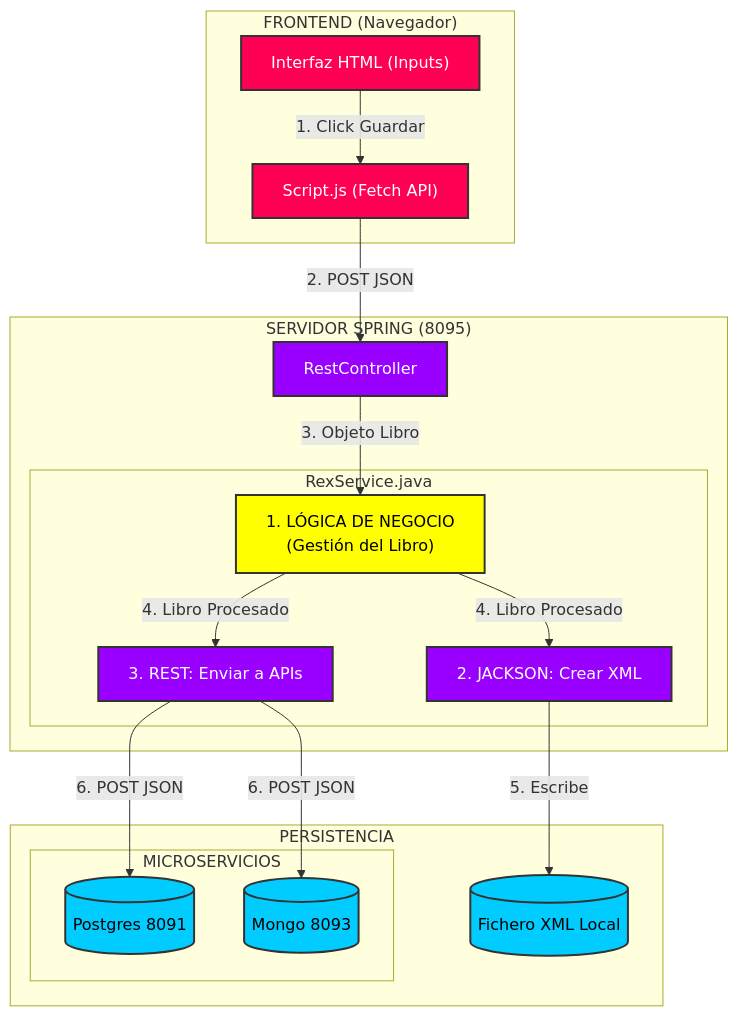
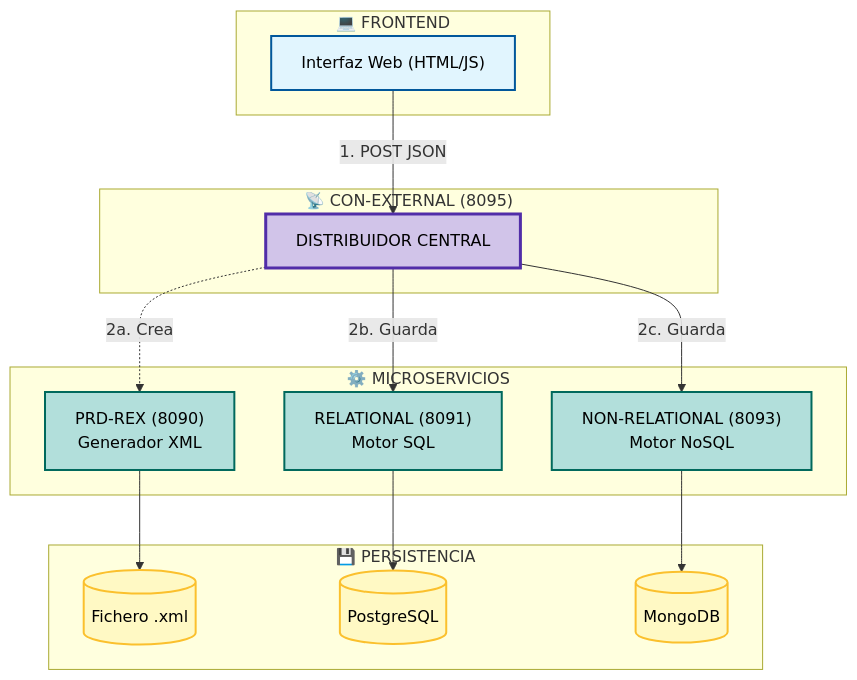
Before and after one commit to saulmnz/PROYECTO_AD: the first of 2 diagrams in README.md, drawn with Mermaid. The commit also changed other lines of this file, not shown here.

````diff
--- a/README.md
+++ b/README.md
@@ -60,55 +92,46 @@
 ```mermaid
+graph TD
+    %% --- DEFINICIÓN DE ESTILOS (Paleta Suave) ---
+    classDef frontend fill:#e1f5fe,stroke:#01579b,stroke-width:2px,color:#000;
+    classDef orchestrator fill:#d1c4e9,stroke:#512da8,stroke-width:3px,color:#000;
+    classDef workers fill:#b2dfdb,stroke:#00695c,stroke-width:2px,color:#000;
+    classDef storage fill:#fff9c4,stroke:#fbc02d,stroke-width:2px,color:#000;
 
-graph TD
-    %% --- ESTILOS ---
-    classDef frontend fill:#ff0055,stroke:#333,stroke-width:2px,color:white;
-    classDef backend fill:#9900ff,stroke:#333,stroke-width:2px,color:white;
-    classDef logic fill:#ffff00,stroke:#333,stroke-width:2px,color:black;
-    classDef storage fill:#00ccff,stroke:#333,stroke-width:2px,color:black;
-
-    %% --- BLOQUE 1: FRONTEND ---
-    subgraph CLIENTE ["FRONTEND (Navegador)"]
-        HTML["Interfaz HTML (Inputs)"]
-        JS["Script.js (Fetch API)"]
+    %% --- BLOQUE 1: CLIENTE ---
+    subgraph CLIENTE [" 💻 FRONTEND "]
+        UI["Interfaz Web (HTML/JS)"]:::frontend
     end
 
-    %% --- BLOQUE 2: BACKEND ---
-    subgraph SERVIDOR ["SERVIDOR SPRING (8095)"]
-        Controller["RestController"]
-        
-        subgraph SERVICIO ["RexService.java"]
-            Proceso["1. LÓGICA DE NEGOCIO<br/>(Gestión del Libro)"]
-            Jackson["2. JACKSON: Crear XML"]
-            RestT["3. REST: Enviar a APIs"]
-        end
+    %% --- BLOQUE 2: EL JEFE ---
+    subgraph ORQUESTADOR [" 📡 CON-EXTERNAL (8095) "]
+        GW["DISTRIBUIDOR CENTRAL"]:::orchestrator
     end
 
-    %% --- BLOQUE 3: ALMACENAMIENTO ---
-    subgraph DATOS ["PERSISTENCIA"]
-        Files[("Fichero XML Local")]
-        
-        subgraph EXTERNOS ["MICROSERVICIOS"]
-            SQL[("Postgres 8091")]
-            NoSQL[("Mongo 8093")]
-        end
+    %% --- BLOQUE 3: LOS TRABAJADORES ---
+    subgraph WORKERS [" ⚙️ MICROSERVICIOS "]
+        Rex["PRD-REX (8090)<br/>Generador XML"]:::workers
+        SqlServ["RELATIONAL (8091)<br/>Motor SQL"]:::workers
+        MongoServ["NON-RELATIONAL (8093)<br/>Motor NoSQL"]:::workers
+    end
+
+    %% --- BLOQUE 4: ALMACENAMIENTO ---
+    subgraph DATA [" 💾 PERSISTENCIA "]
+        XML[("Fichero .xml")]:::storage
+        DB_PG[("PostgreSQL")]:::storage
+        DB_MG[("MongoDB")]:::storage
     end
 
     %% --- CONEXIONES ---
-    HTML -->|1. Click Guardar| JS
-    JS -->|2. POST JSON| Controller
+    UI -->|1. POST JSON| GW
     
-    Controller -->|3. Objeto Libro| Proceso
-    Proceso -->|4. Libro Procesado| Jackson
-    Proceso -->|4. Libro Procesado| RestT
+    %% EL JEFE MANDA A LOS 3 A LA VEZ
+    GW -.->|2a. Crea| Rex
+    GW -->|2b. Guarda| SqlServ
+    GW -->|2c. Guarda| MongoServ
 
-    Jackson -->|5. Escribe| Files
-    RestT -->|6. POST JSON| SQL
-    RestT -->|6. POST JSON| NoSQL
-
-    %% --- APLICAR COLORES ---
-    class HTML,JS frontend;
-    class Controller,RestT,Jackson backend;
-    class Proceso logic;
-    class Files,SQL,NoSQL storage;
+    %% PERSISTENCIA FINAL
+    Rex --> XML
+    SqlServ --> DB_PG
+    MongoServ --> DB_MG
 
 ```
````
